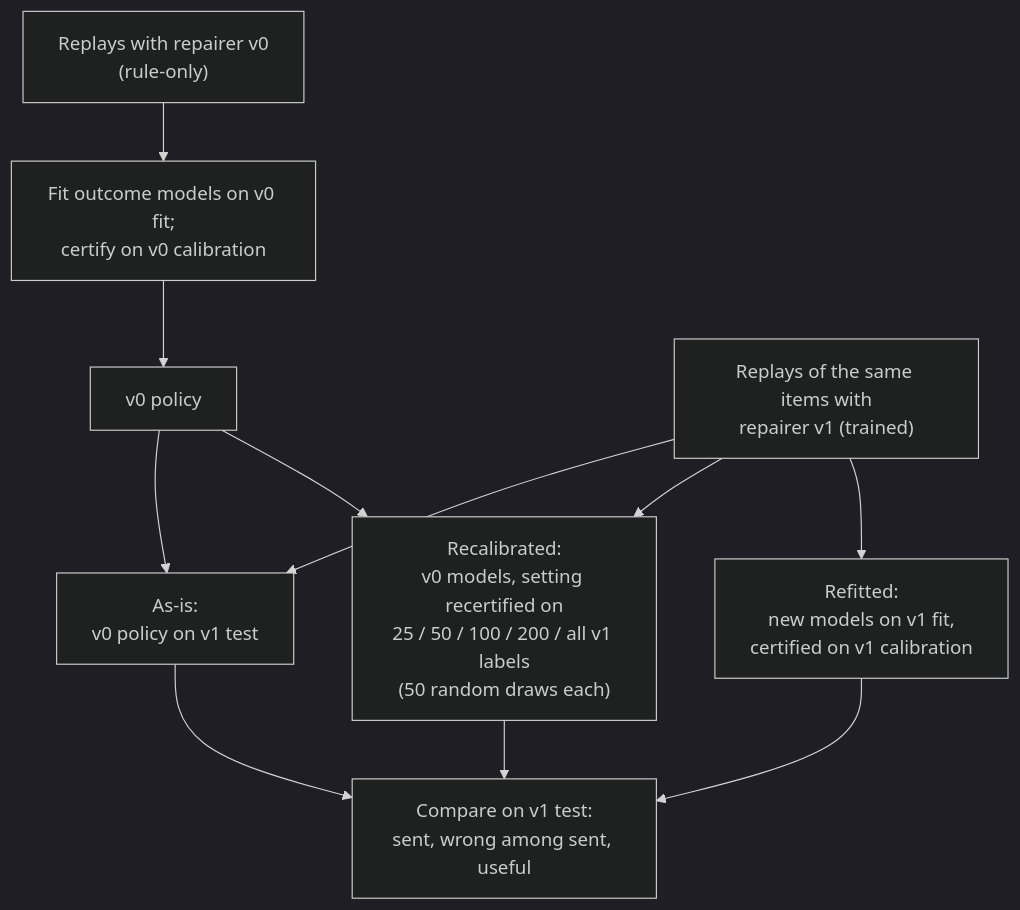
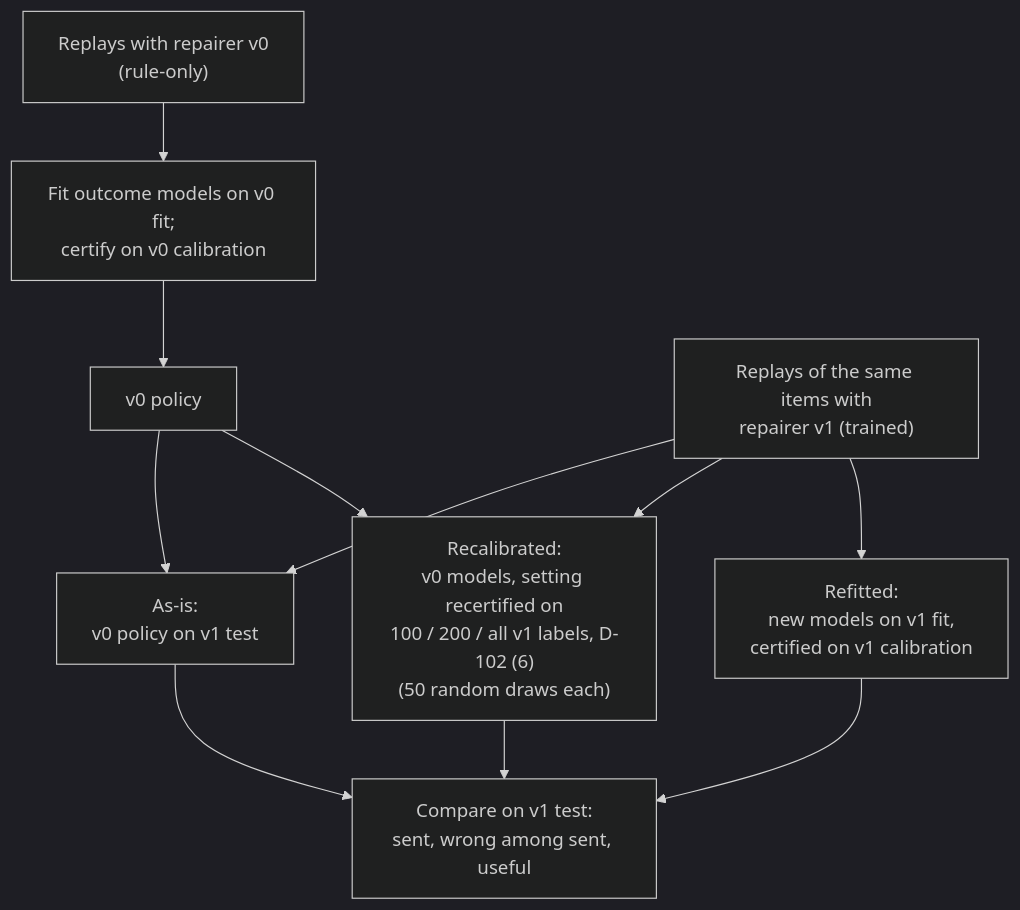
Before and after one commit to SharafThawfeek/FaithGurd-new: diagram 18 of 32 in docs/architecture.md, drawn with Mermaid (dark theme). The commit also changed other lines of this file and 38 other files, not shown here.

````diff
--- a/docs/architecture.md
+++ b/docs/architecture.md
@@ -595,13 +595,13 @@
 ```mermaid
 flowchart TD
     V0["Replays with repairer v0<br/>(rule-only)"] --> F0["Fit outcome models on v0 fit;<br/>certify on v0 calibration"]
     F0 --> P0["v0 policy"]
     V1["Replays of the same items with<br/>repairer v1 (trained)"] --> AS["As-is:<br/>v0 policy on v1 test"]
     P0 --> AS
-    P0 --> RC["Recalibrated:<br/>v0 models, setting recertified on<br/>25 / 50 / 100 / 200 / all v1 labels<br/>(50 random draws each)"]
+    P0 --> RC["Recalibrated:<br/>v0 models, setting recertified on<br/>100 / 200 / all v1 labels, D-102 (6)<br/>(50 random draws each)"]
     V1 --> RC
     V1 --> RF["Refitted:<br/>new models on v1 fit,<br/>certified on v1 calibration"]
     AS --> M["Compare on v1 test:<br/>sent, wrong among sent, useful"]
     RC --> M
     RF --> M
 ```
````
